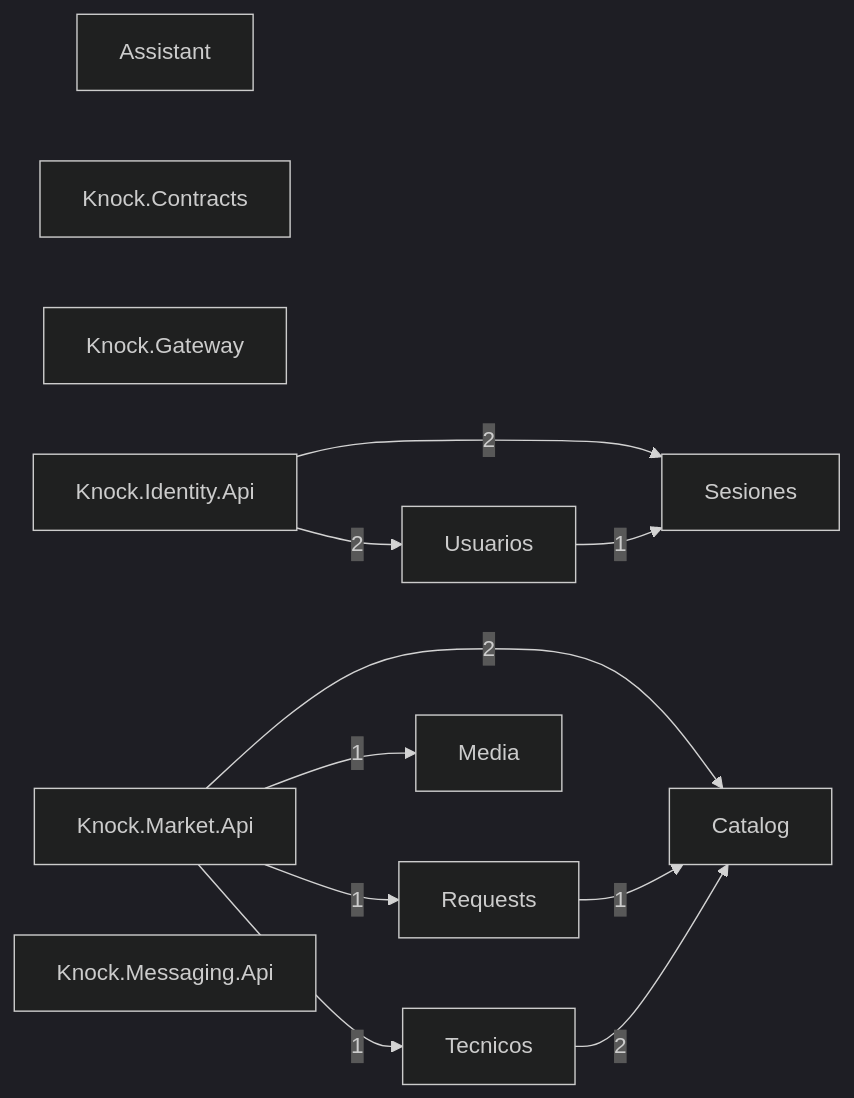
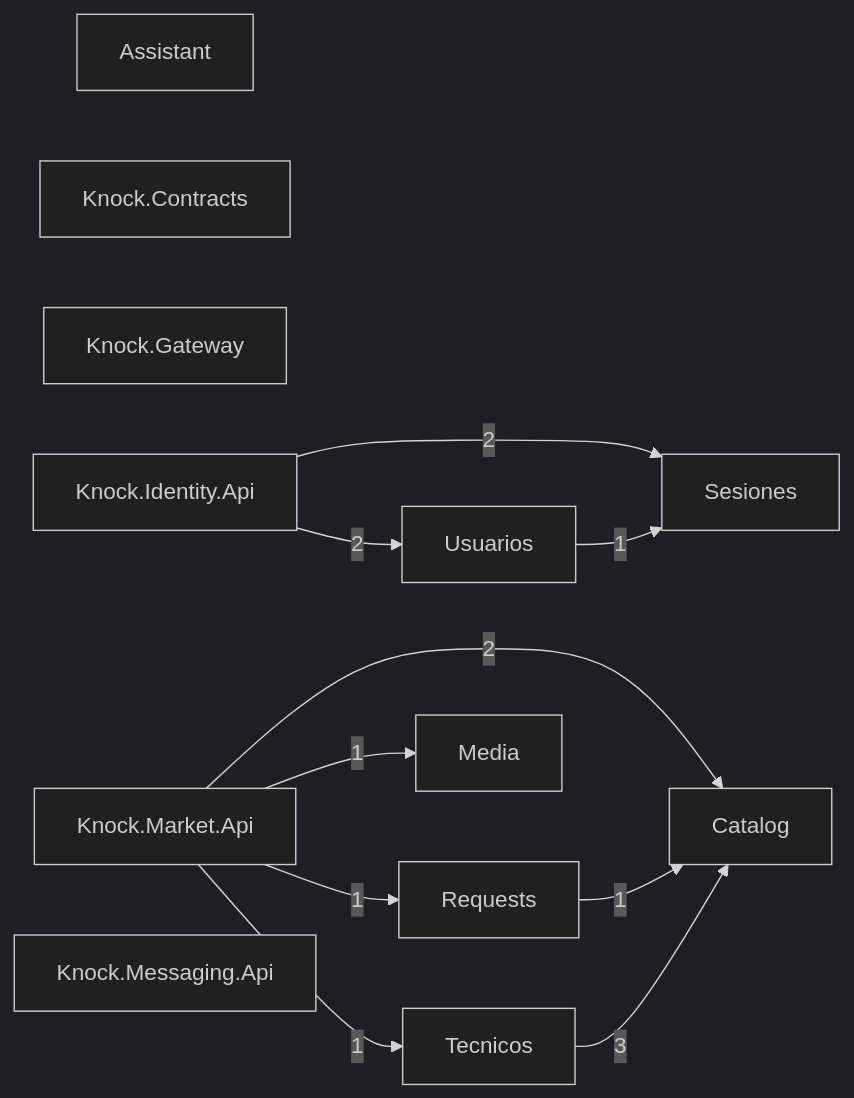
Before and after one commit to Tensei-Devs/knock-backend: the diagram in docs/architecture/modules.mmd, drawn with Mermaid (dark theme). The commit also changed 23 other files, not shown here.

```diff
--- a/docs/architecture/modules.mmd
+++ b/docs/architecture/modules.mmd
@@ -1,22 +1,22 @@
 graph LR
   Assistant["Assistant"]
   Catalog["Catalog"]
   Knock_Contracts["Knock.Contracts"]
   Knock_Gateway["Knock.Gateway"]
   Knock_Identity_Api["Knock.Identity.Api"]
   Knock_Market_Api["Knock.Market.Api"]
   Knock_Messaging_Api["Knock.Messaging.Api"]
   Media["Media"]
   Requests["Requests"]
   Sesiones["Sesiones"]
   Tecnicos["Tecnicos"]
   Usuarios["Usuarios"]
   Knock_Identity_Api -->|2| Sesiones
   Knock_Identity_Api -->|2| Usuarios
   Knock_Market_Api -->|2| Catalog
   Knock_Market_Api -->|1| Media
   Knock_Market_Api -->|1| Requests
   Knock_Market_Api -->|1| Tecnicos
   Requests -->|1| Catalog
-  Tecnicos -->|2| Catalog
+  Tecnicos -->|3| Catalog
   Usuarios -->|1| Sesiones
```
